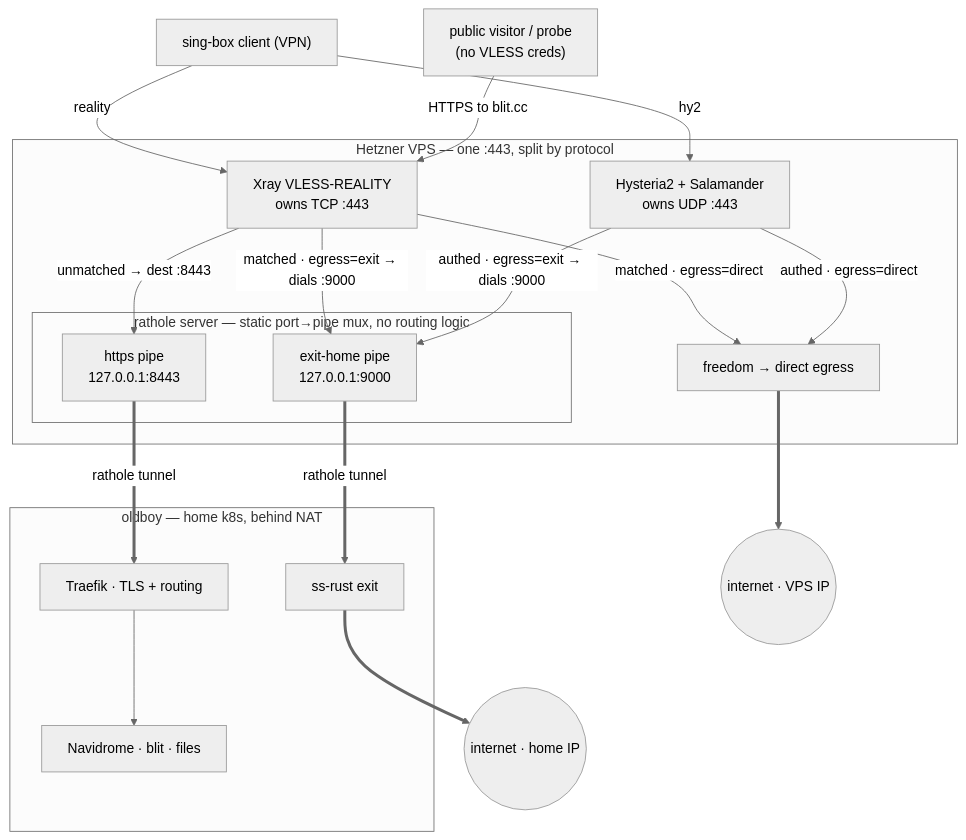
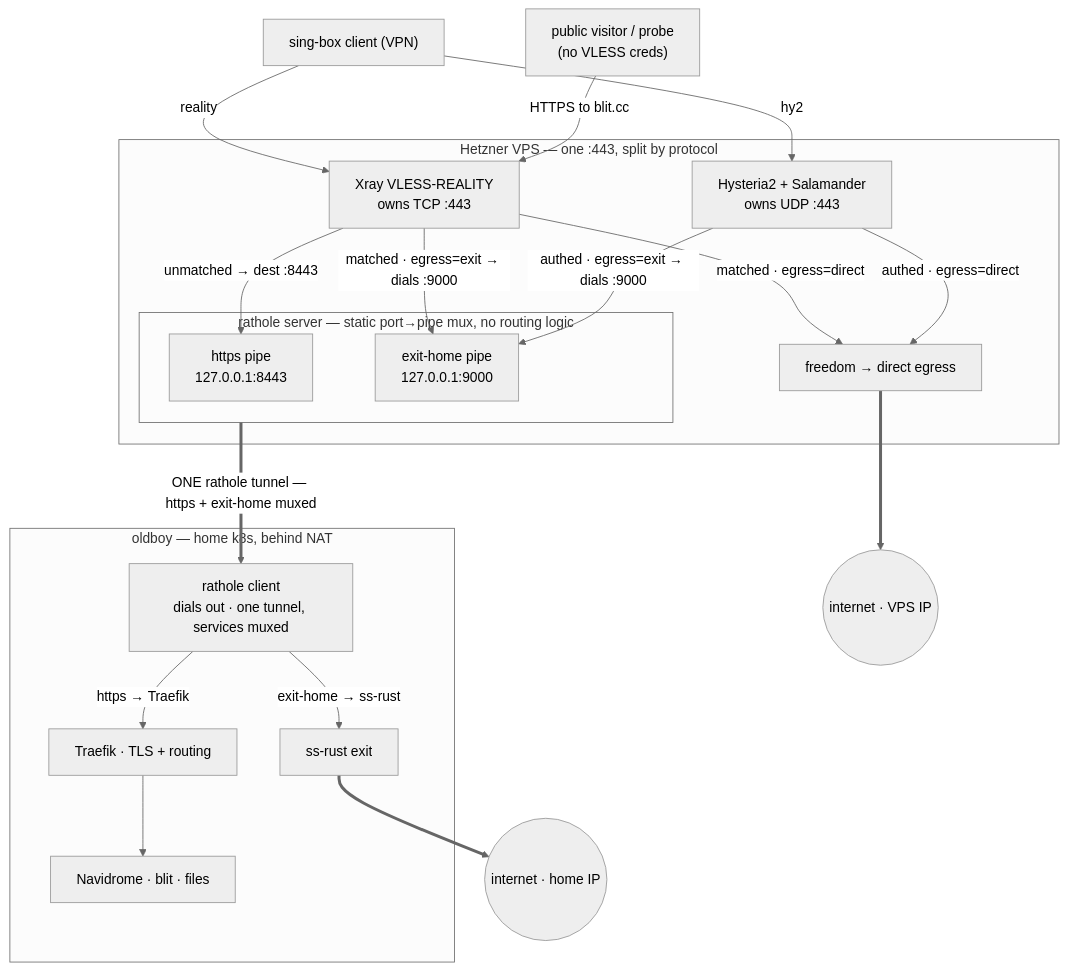
The first of 6 diagrams in docs/architecture.md (radiosilence/jaritanet), drawn with Mermaid (neutral theme) before and after one commit. The commit also changed other lines of this file, not shown here.

Commit message:
docs(architecture): fix e2e diagram to show ONE rathole tunnel, not two
The redraw drew a "rathole tunnel" edge per pipe, implying two tunnels. There's
one: a single rathole client in k8s dials out to the one VPS server (one control
channel, one token) and multiplexes every named service (https, exit-home, http)
over it. Diagram now shows the single tunnel fanning out at the client, and the
prose says so explicitly.

````diff
--- a/docs/architecture.md
+++ b/docs/architecture.md
@@ -21,37 +21,40 @@
 ```mermaid
 flowchart TD
   CLIENT["sing-box client (VPN)"]
   VISITOR["public visitor / probe<br/>(no VLESS creds)"]
 
   subgraph vps["Hetzner VPS — one :443, split by protocol"]
     XR["Xray VLESS-REALITY<br/>owns TCP :443"]
     HY["Hysteria2 + Salamander<br/>owns UDP :443"]
     FREE["freedom → direct egress"]
     subgraph RH["rathole server — static port→pipe mux, no routing logic"]
       HTTPS_P["https pipe<br/>127.0.0.1:8443"]
       EXIT_P["exit-home pipe<br/>127.0.0.1:9000"]
     end
   end
 
   subgraph home["oldboy — home k8s, behind NAT"]
+    RC["rathole client<br/>dials out · one tunnel, services muxed"]
     TR["Traefik · TLS + routing"] --> SVC["Navidrome · blit · files"]
     SS["ss-rust exit"]
+    RC -->|"https → Traefik"| TR
+    RC -->|"exit-home → ss-rust"| SS
   end
 
   VPSIP(("internet · VPS IP"))
   HOMEIP(("internet · home IP"))
 
   CLIENT -->|reality| XR
   CLIENT -->|hy2| HY
   VISITOR -->|"HTTPS to blit.cc"| XR
 
   XR -->|"unmatched → dest :8443"| HTTPS_P
   XR -->|"matched · egress=direct"| FREE
   XR -->|"matched · egress=exit → dials :9000"| EXIT_P
   HY -->|"authed · egress=direct"| FREE
   HY -->|"authed · egress=exit → dials :9000"| EXIT_P
 
+  RH ==>|"ONE rathole tunnel — https + exit-home muxed"| RC
   FREE ==> VPSIP
-  HTTPS_P ==>|rathole tunnel| TR
-  EXIT_P ==>|rathole tunnel| SS ==> HOMEIP
+  SS ==> HOMEIP
 ```
````
